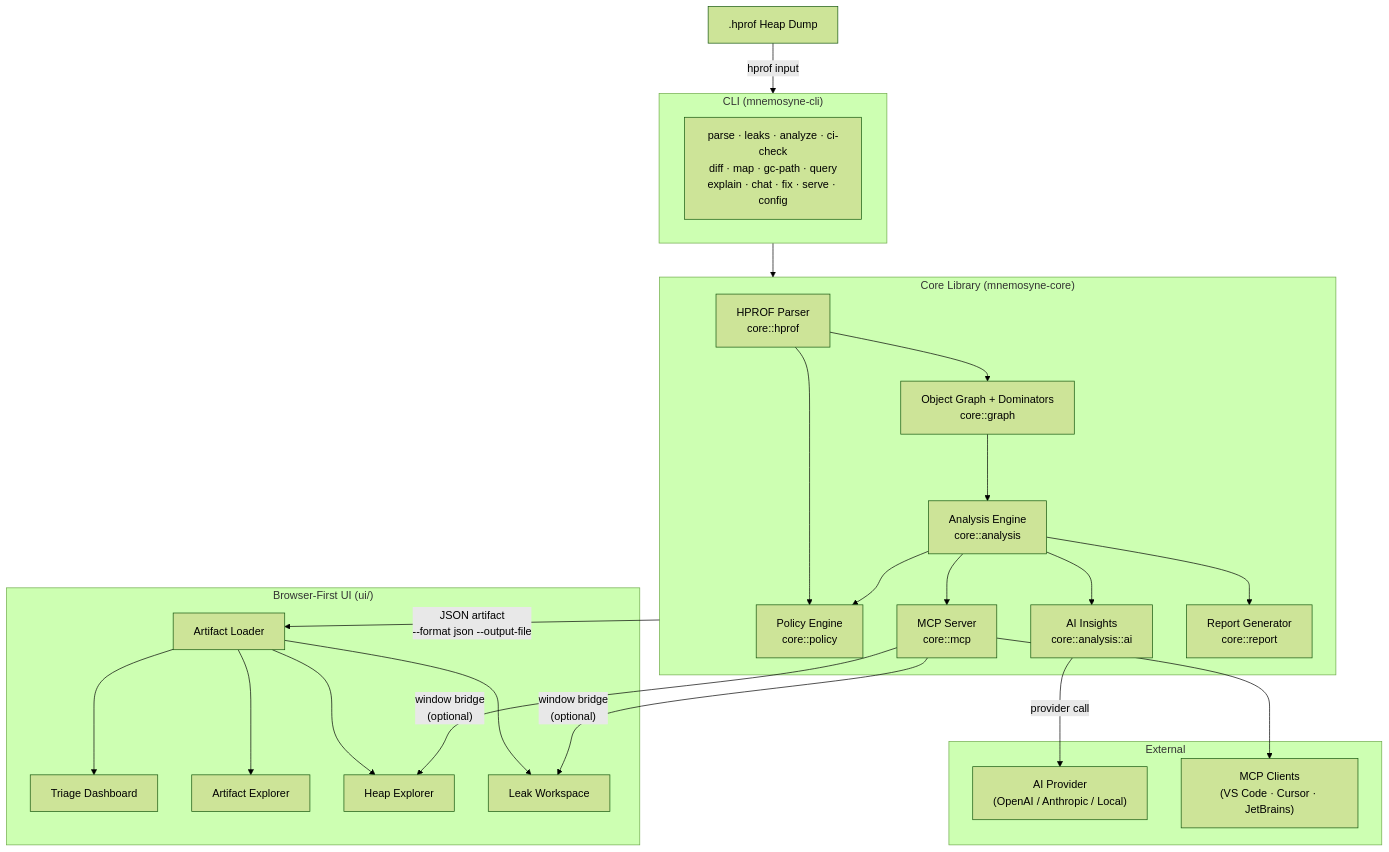
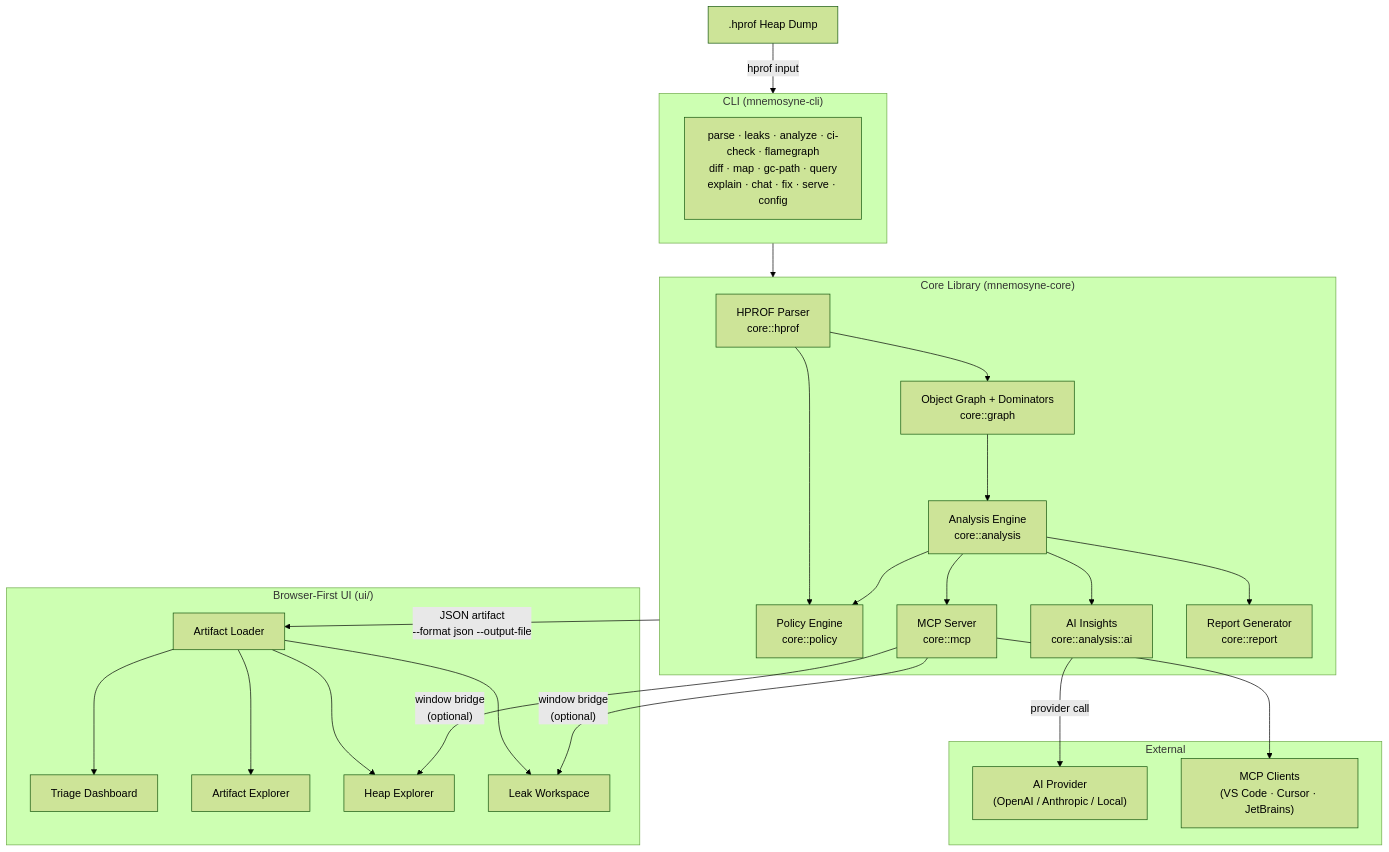
The diagram in ARCHITECTURE.md (bballer03/Mnemosyne), drawn with Mermaid (forest theme) before and after one commit. The commit also changed other lines of this file and 9 other files, not shown here.

````diff
--- a/ARCHITECTURE.md
+++ b/ARCHITECTURE.md
@@ -175,44 +182,44 @@
 ```mermaid
 flowchart TD
     HD[".hprof Heap Dump"]
 
     subgraph CLI["CLI  (mnemosyne-cli)"]
-      CMDS["parse · leaks · analyze · ci-check\ndiff · map · gc-path · query\nexplain · chat · fix · serve · config"]
+         CMDS["parse · leaks · analyze · ci-check · flamegraph\ndiff · map · gc-path · query\nexplain · chat · fix · serve · config"]
     end
 
     subgraph Core["Core Library  (mnemosyne-core)"]
         PARSER["HPROF Parser\ncore::hprof"]
         GRAPH["Object Graph + Dominators\ncore::graph"]
         ANALYSIS["Analysis Engine\ncore::analysis"]
       POLICY["Policy Engine\ncore::policy"]
         AI["AI Insights\ncore::analysis::ai"]
         MCP["MCP Server\ncore::mcp"]
         REPORT["Report Generator\ncore::report"]
         PARSER --> GRAPH --> ANALYSIS --> AI
         ANALYSIS --> REPORT
       PARSER --> POLICY
       ANALYSIS --> POLICY
         ANALYSIS --> MCP
     end
 
     subgraph UI["Browser-First UI  (ui/)"]
         LOADER["Artifact Loader"]
         DASH["Triage Dashboard"]
         AE["Artifact Explorer"]
         HE["Heap Explorer"]
         LW["Leak Workspace"]
     end
 
     subgraph External["External"]
         LLM["AI Provider\n(OpenAI / Anthropic / Local)"]
         MCPC["MCP Clients\n(VS Code · Cursor · JetBrains)"]
     end
 
     HD -->|"hprof input"| CLI
     CLI --> Core
     Core -->|"JSON artifact\n--format json --output-file"| LOADER
     LOADER --> DASH & AE & HE & LW
     AI -->|"provider call"| LLM
     MCP --> MCPC
     MCP -->|"window bridge\n(optional)"| LW & HE
 ```
````
